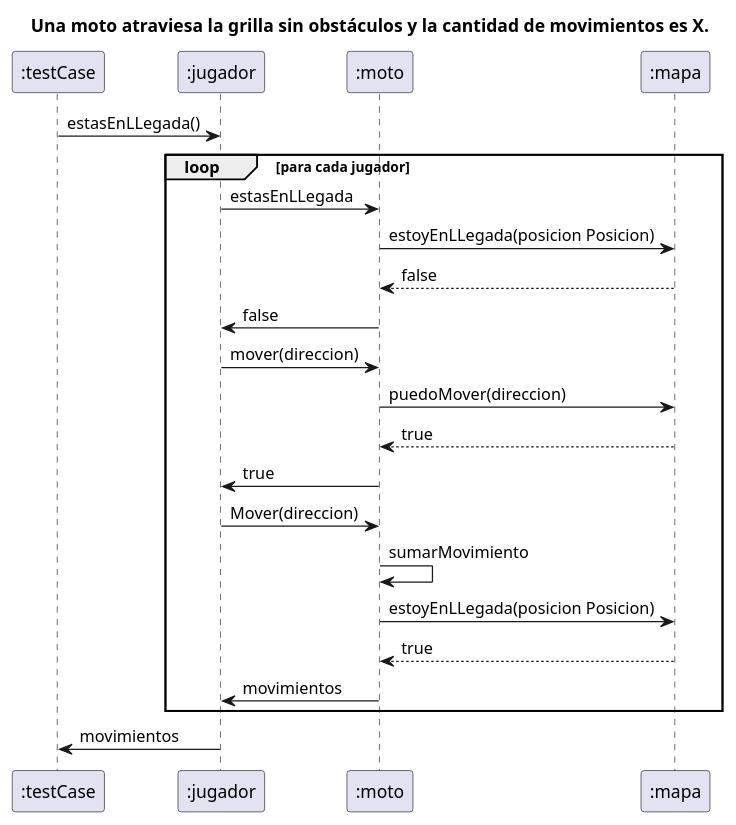
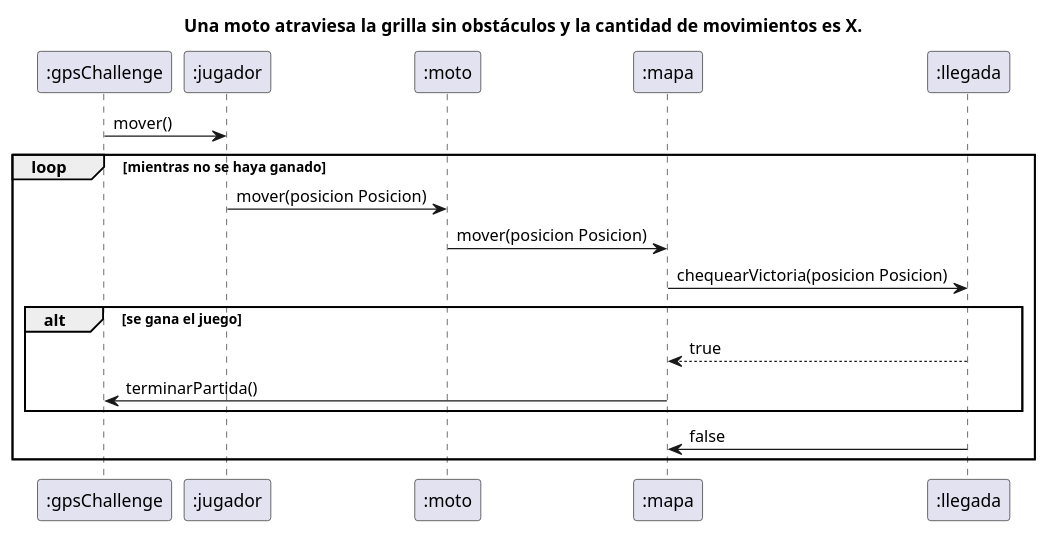
The diagram in diagrams/sequences/unaMotoLLegaSinObstaculosEnXMovimientosDs.plantuml (ianmku/algo3_tp2), drawn with PlantUML before and after one commit. The commit also changed 5 other files, not shown here.

```diff
--- a/diagrams/sequences/unaMotoLLegaSinObstaculosEnXMovimientosDs.plantuml
+++ b/diagrams/sequences/unaMotoLLegaSinObstaculosEnXMovimientosDs.plantuml
@@ -1,20 +1,14 @@
 @startuml
 title Una moto atraviesa la grilla sin obstáculos y la cantidad de movimientos es X.
-":testCase" -> ":jugador" : estasEnLLegada()
-loop para cada jugador
-":jugador" -> ":moto" : estasEnLLegada
-":moto"-> ":mapa" : estoyEnLLegada(posicion Posicion)
-return false
-":moto"-> ":jugador" : false
-":jugador" -> ":moto" : mover(direccion)
-":moto" -> ":mapa" : puedoMover(direccion)
+":gpsChallenge" -> ":jugador" : mover()
+loop mientras no se haya ganado
+":jugador" -> ":moto" : mover(posicion Posicion)
+":moto"-> ":mapa" : mover(posicion Posicion)
+":mapa"-> ":llegada" : chequearVictoria(posicion Posicion)
+alt se gana el juego
 return true
-":moto"-> ":jugador" : true
-":jugador" -> ":moto" : Mover(direccion)
-":moto" -> ":moto" : sumarMovimiento
-":moto"-> ":mapa" : estoyEnLLegada(posicion Posicion)
-return true
-":moto"-> ":jugador" : movimientos
+":mapa"-> ":gpsChallenge" : terminarPartida()
 end
-":jugador"-> ":testCase" : movimientos
+":llegada"-> ":mapa" : false
+end
 @enduml
```
